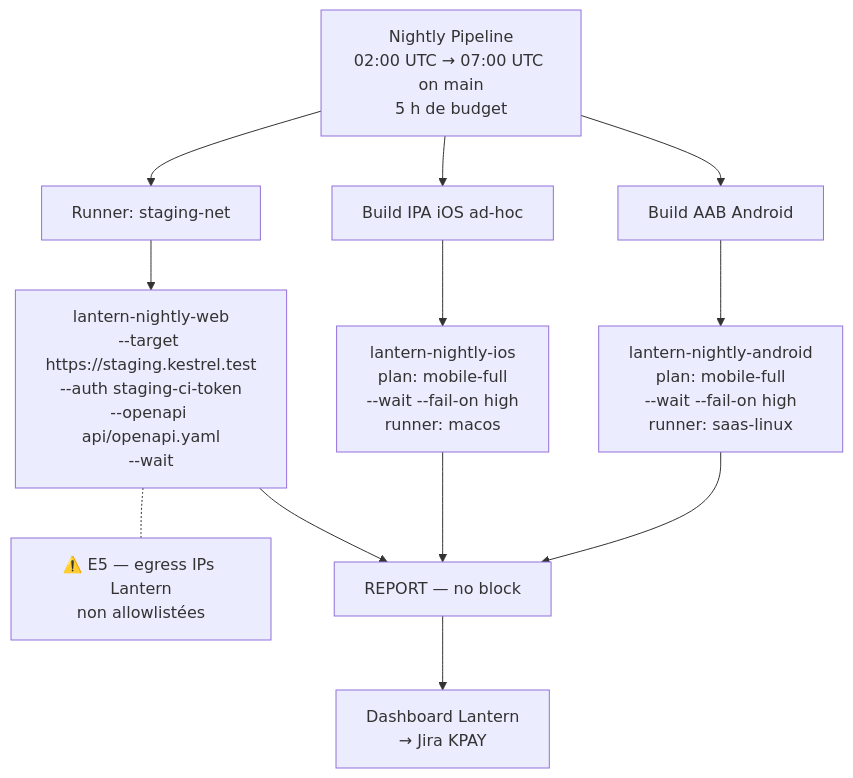
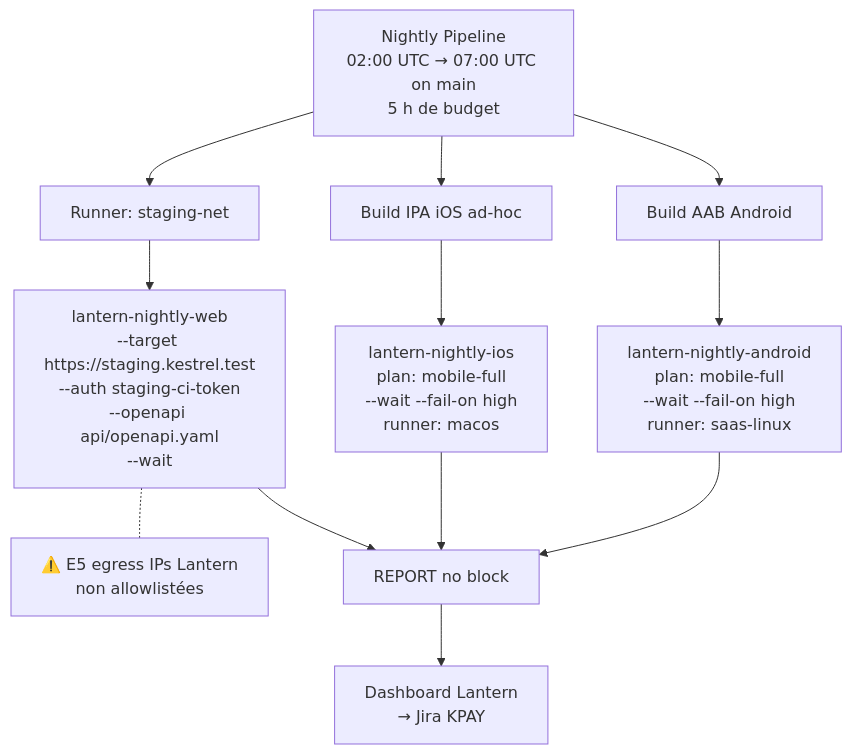
Before and after one commit to Ayoub-glitsh/lantern-kestrel-presales-assessment: the fifth of 6 diagrams in integration_design.md, drawn with Mermaid. The commit also changed other lines of this file, not shown here.

````diff
--- a/integration_design.md
+++ b/integration_design.md
@@ -231,22 +231,22 @@
 ```mermaid
 
 flowchart TB
     T["Nightly Pipeline<br/>02:00 UTC → 07:00 UTC on main<br/>5 h de budget"]
 
     T --> A1["Build AAB Android"]
     T --> I1["Build IPA iOS ad-hoc"]
     T --> W1["Runner: staging-net"]
 
     A1 --> A2["lantern-nightly-android<br/>plan: mobile-full<br/>--wait --fail-on high<br/>runner: saas-linux"]
     I1 --> I2["lantern-nightly-ios<br/>plan: mobile-full<br/>--wait --fail-on high<br/>runner: macos"]
     W1 --> W2["lantern-nightly-web<br/>--target https://staging.kestrel.test<br/>--auth staging-ci-token<br/>--openapi api/openapi.yaml<br/>--wait"]
 
-    W2 -.- E5["⚠️ E5 — egress IPs Lantern<br/>non allowlistées"]
+    W2 -.- E5["⚠️ E5  egress IPs Lantern<br/>non allowlistées"]
 
-    A2 --> R["REPORT — no block"]
+    A2 --> R["REPORT  no block"]
     I2 --> R
     W2 --> R
 
     R --> D["Dashboard Lantern<br/>→ Jira KPAY"]
 
 ```
````
